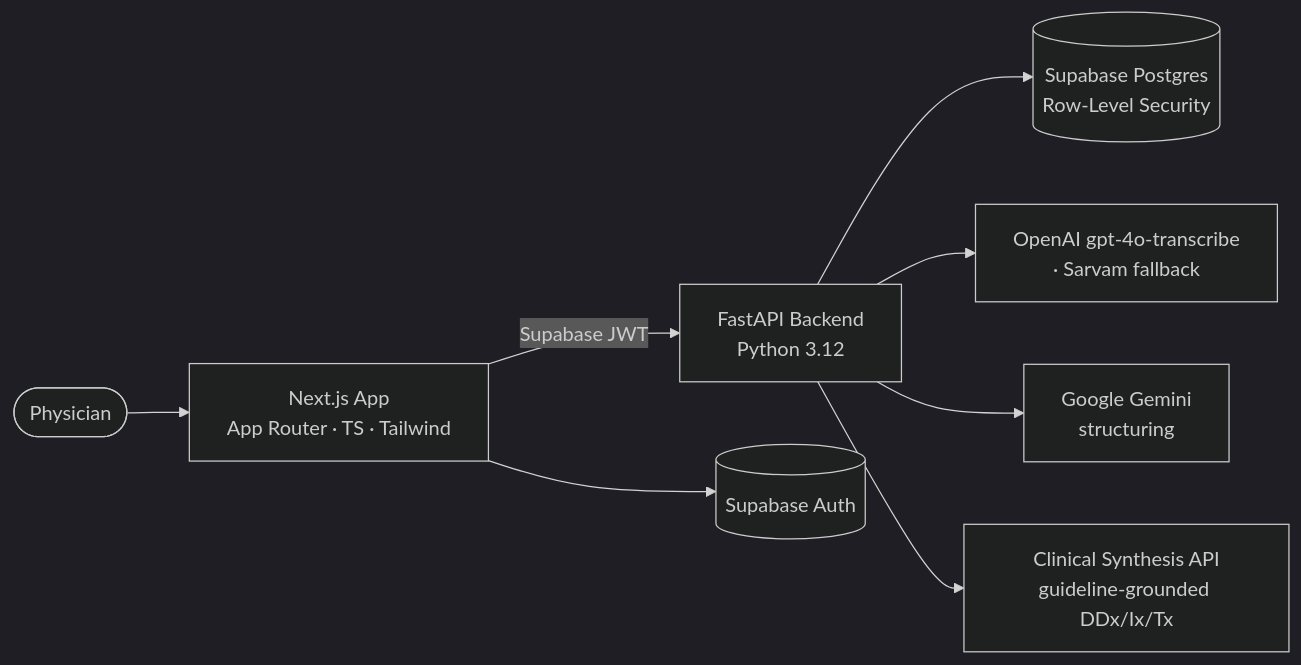
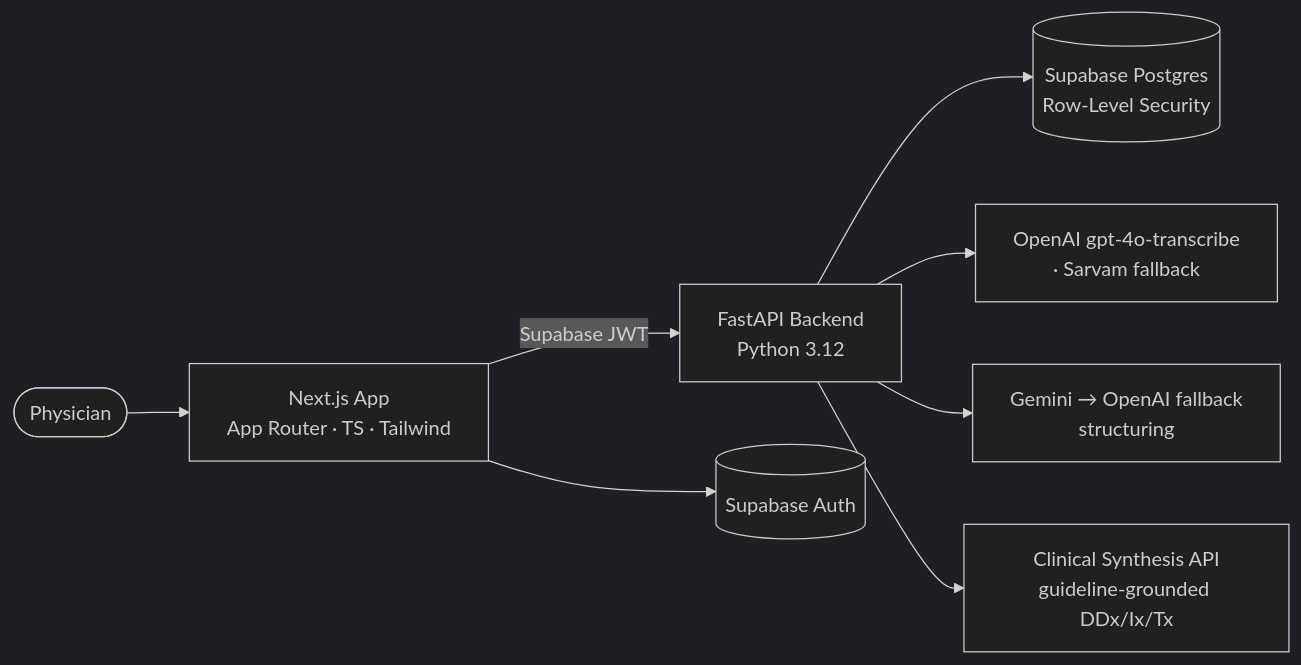
One commit to zayedongit/clinical-memory-ai changed the diagram in README.md. Above: the diagram before and after it, drawn with Mermaid (dark theme). The commit also changed other lines of this file and 2 other files, not shown here.

````diff
--- a/README.md
+++ b/README.md
@@ -65,10 +60,10 @@
 ```mermaid
 flowchart LR
   Dr([Physician]) --> FE[Next.js App<br/>App Router · TS · Tailwind]
   FE -->|Supabase JWT| BE[FastAPI Backend<br/>Python 3.12]
   FE --> AUTH[(Supabase Auth)]
   BE --> DB[(Supabase Postgres<br/>Row-Level Security)]
   BE --> STT[OpenAI gpt-4o-transcribe<br/>· Sarvam fallback]
-  BE --> LLM[Google Gemini<br/>structuring]
+  BE --> LLM[Gemini → OpenAI fallback<br/>structuring]
   BE --> SYN[Clinical Synthesis API<br/>guideline-grounded DDx/Ix/Tx]
 ```
````
